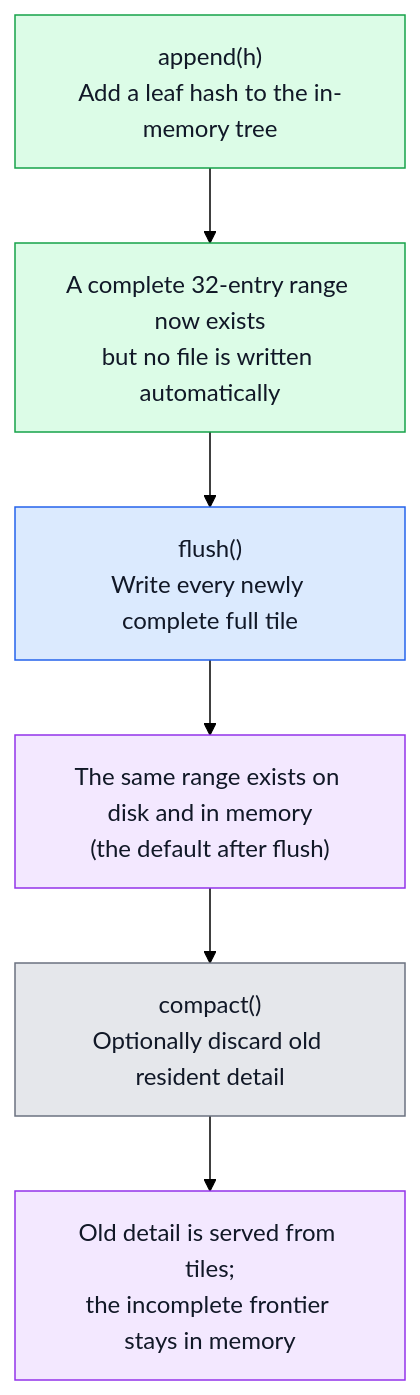
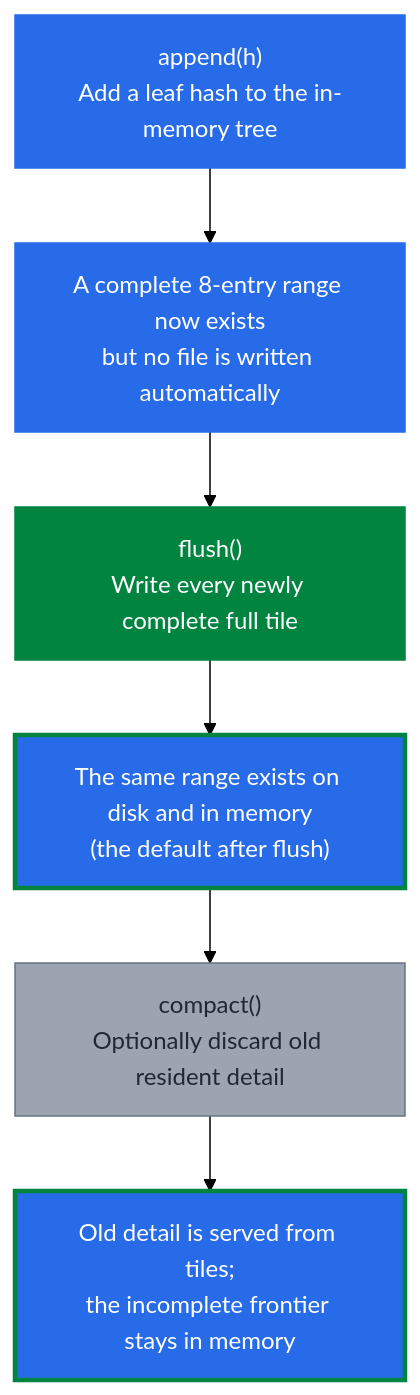
One commit to microsoft/merklecpp changed the second of 20 diagrams in doc/tiles-illustrated.rst. Above: the diagram before and after it, drawn with Mermaid (forest theme). The commit also changed other lines of this file, not shown here.

```diff
--- a/doc/tiles-illustrated.rst
+++ b/doc/tiles-illustrated.rst
@@ -106,20 +109,20 @@
 .. mermaid::
 
    flowchart TB
      A["append(h)<br/>Add a leaf hash to the in-memory tree"]:::memory
-     B["A complete 32-entry range now exists<br/>but no file is written automatically"]:::memory
+     B["A complete 8-entry range now exists<br/>but no file is written automatically"]:::memory
      C["flush()<br/>Write every newly complete full tile"]:::tile
      D["The same range exists on disk and in memory<br/>(the default after flush)"]:::both
      E["compact()<br/>Optionally discard old resident detail"]:::summary
      F["Old detail is served from tiles;<br/>the incomplete frontier stays in memory"]:::both
 
      A --> B
      B --> C
      C --> D
      D --> E
      E --> F
 
-     classDef tile fill:#dbeafe,stroke:#2563eb,color:#111827
-     classDef memory fill:#dcfce7,stroke:#16a34a,color:#111827
-     classDef both fill:#f3e8ff,stroke:#9333ea,color:#111827
-     classDef summary fill:#e5e7eb,stroke:#6b7280,color:#111827
+     classDef tile fill:#00843f,stroke:#00843f,color:#ffffff
+     classDef memory fill:#276be9,stroke:#276be9,color:#ffffff
+     classDef both fill:#276be9,stroke:#00843f,stroke-width:3px,color:#ffffff
+     classDef summary fill:#9ca4af,stroke:#677384,color:#222832
```
